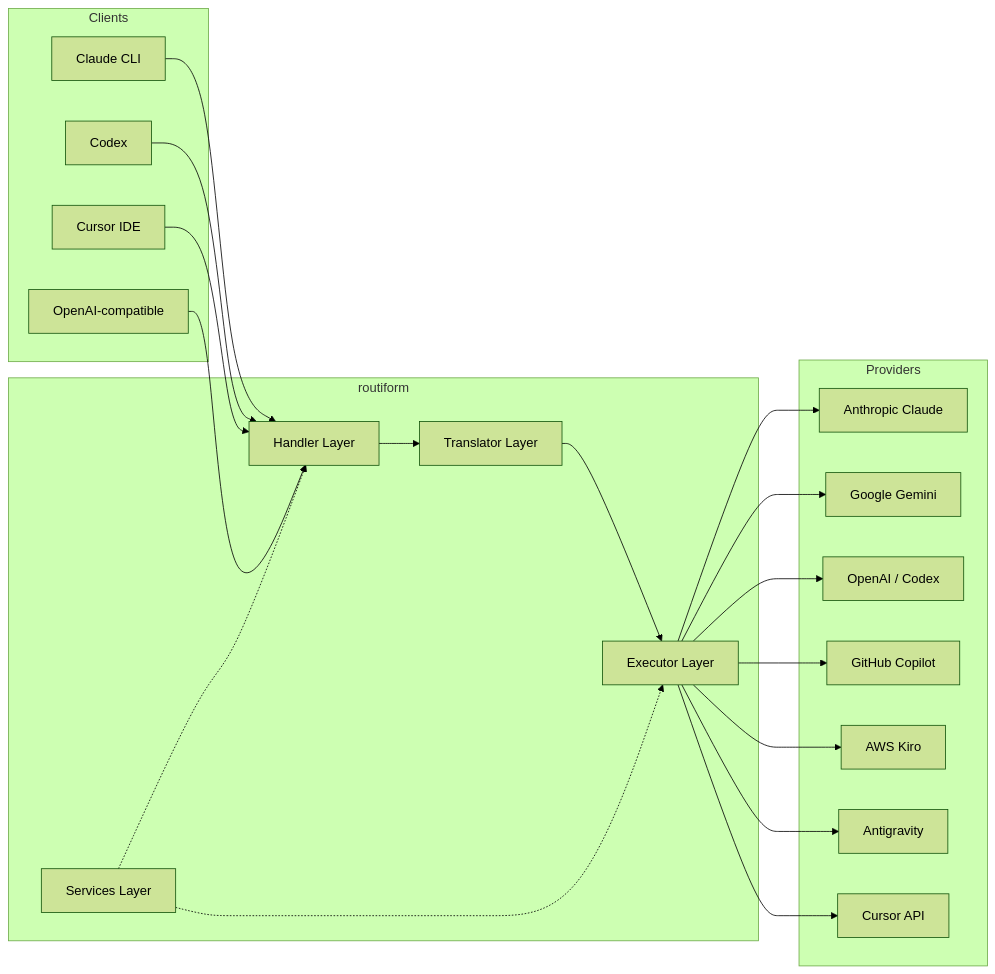
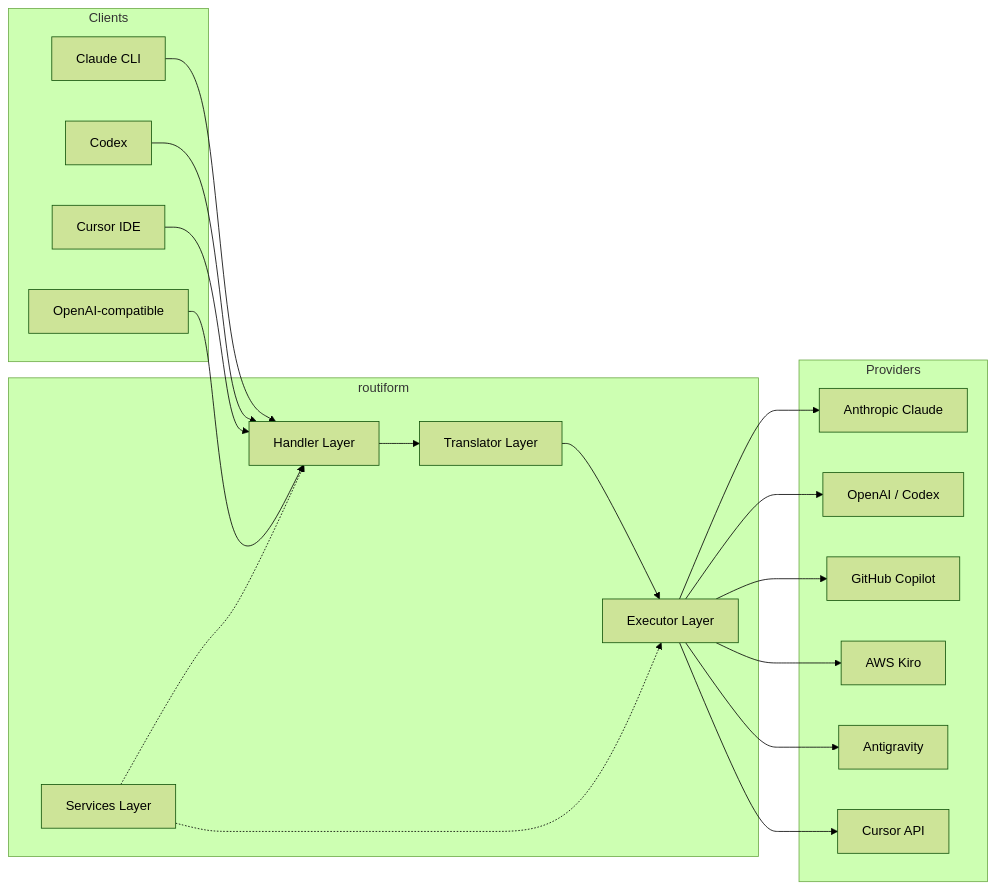
The first of 12 diagrams in docs/CODEBASE_DOCUMENTATION.md (linhnguyen-gt/Routiform), drawn with Mermaid (forest theme) before and after one commit. The commit also changed 38 other files, not shown here.

````diff
--- a/docs/CODEBASE_DOCUMENTATION.md
+++ b/docs/CODEBASE_DOCUMENTATION.md
@@ -21,42 +21,40 @@
 ```mermaid
 graph LR
     subgraph Clients
         A[Claude CLI]
         B[Codex]
         C[Cursor IDE]
         D[OpenAI-compatible]
     end
 
     subgraph routiform
         E[Handler Layer]
         F[Translator Layer]
         G[Executor Layer]
         H[Services Layer]
     end
 
     subgraph Providers
         I[Anthropic Claude]
-        J[Google Gemini]
         K[OpenAI / Codex]
         L[GitHub Copilot]
         M[AWS Kiro]
         N[Antigravity]
         O[Cursor API]
     end
 
     A --> E
     B --> E
     C --> E
     D --> E
     E --> F
     F --> G
     G --> I
-    G --> J
     G --> K
     G --> L
     G --> M
     G --> N
     G --> O
     H -.-> E
     H -.-> G
 ```
````
